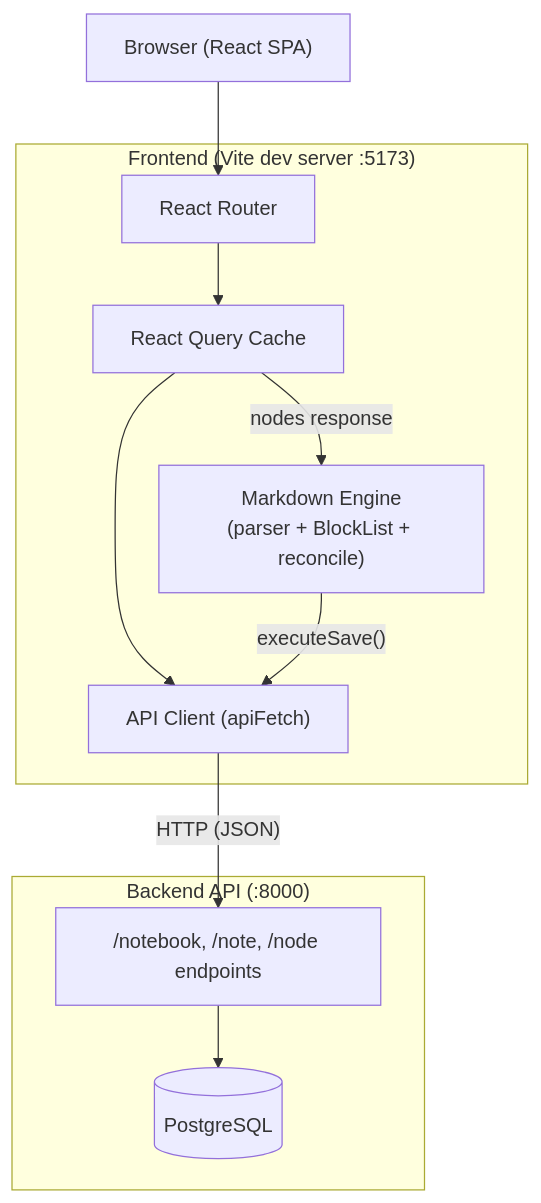
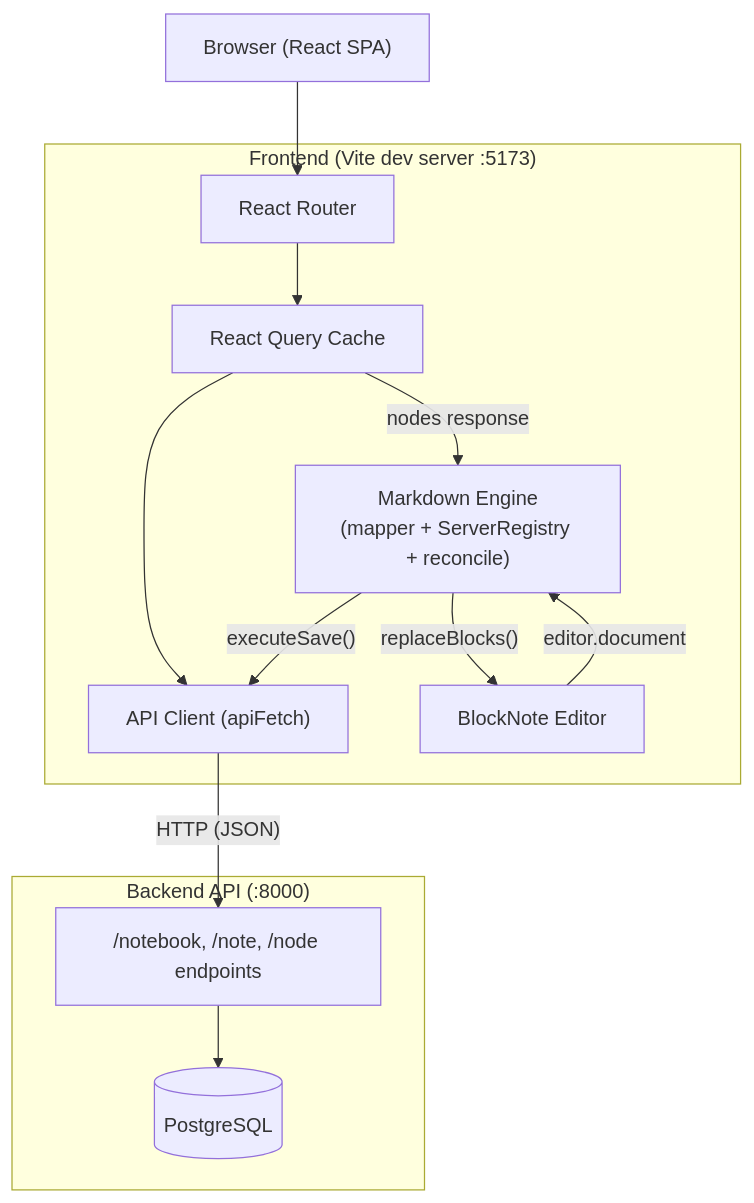
One commit to fpacifici/assistant changed the first of 2 diagrams in docs/architecture/frontend.md. Above: the diagram before and after it, drawn with Mermaid. The commit also changed other lines of this file and 20 other files, not shown here.

First line of the commit message:
feat: BlockNote WYSIWYG markdown editor (#31)

````diff
--- a/docs/architecture/frontend.md
+++ b/docs/architecture/frontend.md
@@ -7,25 +7,28 @@
 ```mermaid
 graph TB
     Browser["Browser (React SPA)"]
 
     subgraph Frontend["Frontend (Vite dev server :5173)"]
         Router["React Router"]
         RQ["React Query Cache"]
         API["API Client (apiFetch)"]
-        MD["Markdown Engine<br/>(parser + BlockList + reconcile)"]
+        BN["BlockNote Editor"]
+        MD["Markdown Engine<br/>(mapper + ServerRegistry + reconcile)"]
     end
 
     subgraph Backend["Backend API (:8000)"]
         REST["/notebook, /note, /node endpoints"]
         DB[(PostgreSQL)]
     end
 
     Browser --> Router
     Router --> RQ
     RQ --> API
     API -- "HTTP (JSON)" --> REST
     REST --> DB
 
+    BN -- "editor.document" --> MD
     MD -- "executeSave()" --> API
     RQ -- "nodes response" --> MD
+    MD -- "replaceBlocks()" --> BN
 ```
````
